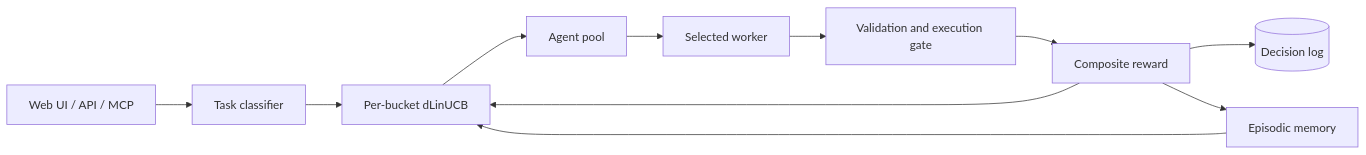
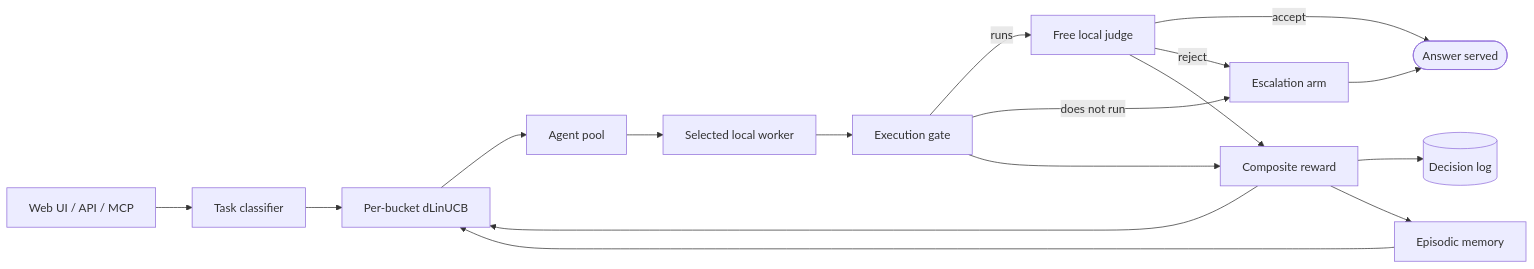
One commit to pockanoodles/Mahoraga changed the diagram in README.md. Above: the diagram before and after it, drawn with Mermaid. The commit also changed other lines of this file and 4 other files, not shown here.

````diff
--- a/README.md
+++ b/README.md
@@ -48,13 +74,19 @@
 ```mermaid
 flowchart LR
     Client[Web UI / API / MCP] --> Classifier[Task classifier]
     Classifier --> Bandit[Per-bucket dLinUCB]
     Memory[Episodic memory] --> Bandit
     Bandit --> Pool[Agent pool]
-    Pool --> Worker[Selected worker]
-    Worker --> Gate[Validation and execution gate]
+    Pool --> Worker[Selected local worker]
+    Worker --> Gate[Execution gate]
+    Gate -->|runs| Judge[Free local judge]
+    Gate -->|does not run| Escalate[Escalation arm]
+    Judge -->|accept| Served([Answer served])
+    Judge -->|reject| Escalate
+    Escalate --> Served
     Gate --> Reward[Composite reward]
+    Judge --> Reward
     Reward --> Bandit
     Reward --> Log[(Decision log)]
     Reward --> Memory
 ```
````
